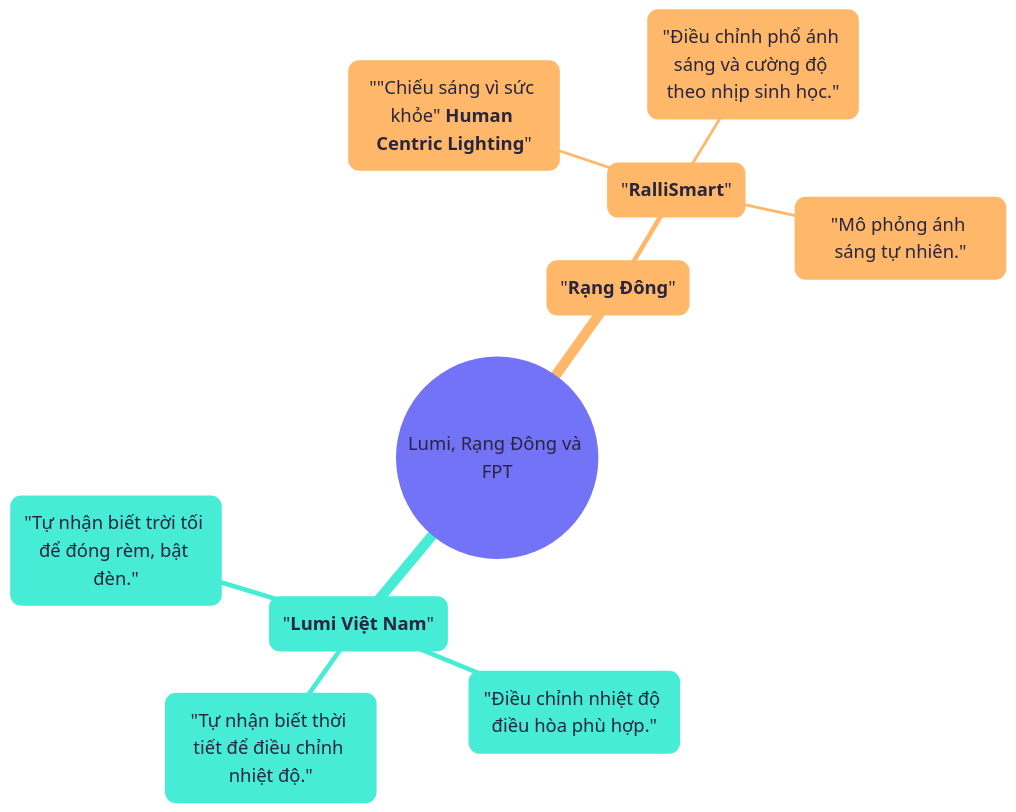
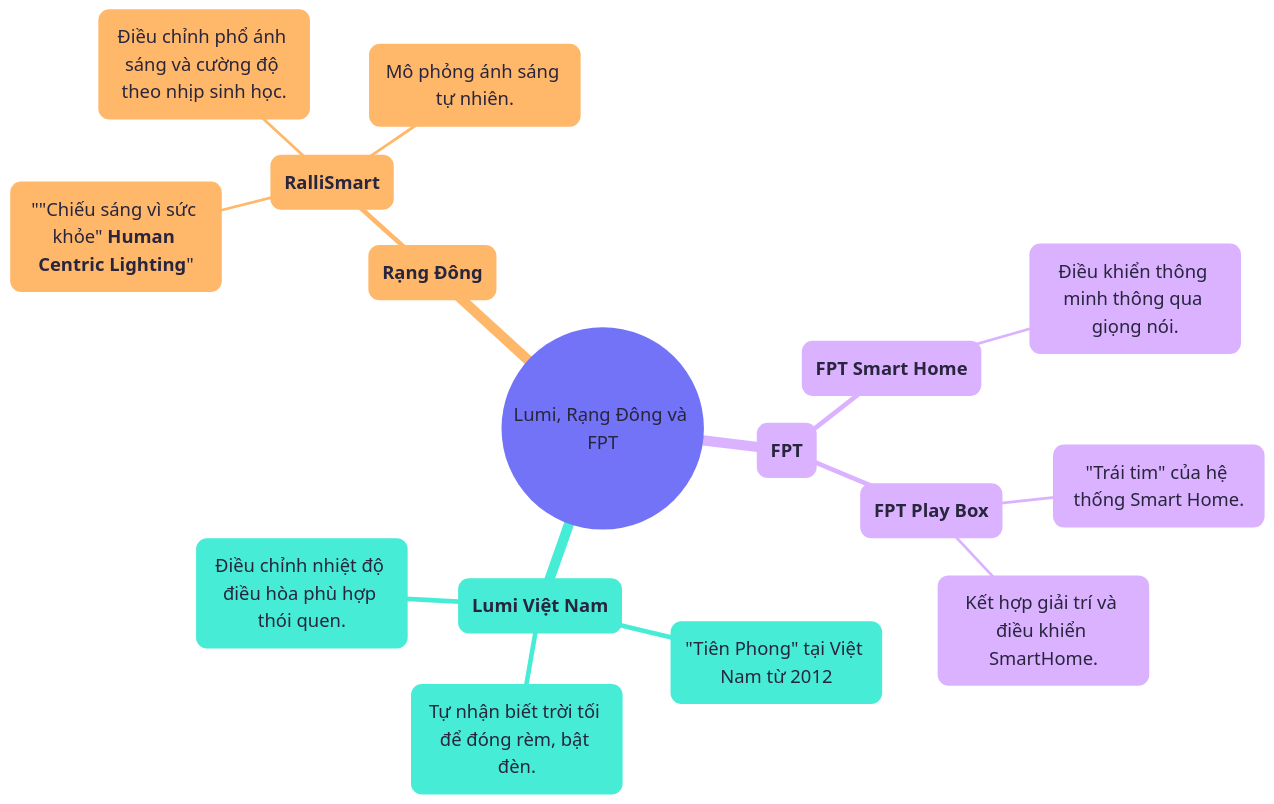
The diagram in content/diagrams/chapter02-lumi-rang-dong-va-fpt.mmd (sam-uit/typst-report-template), drawn with Mermaid before and after one commit.

```diff
--- a/content/diagrams/chapter02-lumi-rang-dong-va-fpt.mmd
+++ b/content/diagrams/chapter02-lumi-rang-dong-va-fpt.mmd
@@ -1,18 +1,24 @@
 ---
 config:
   theme: redux-color
   themeVariables:
     fontFamily: Google Sans
     fontSize: 20px
 ---
 mindmap
   root(("Lumi, Rạng Đông và FPT"))
-    "**Lumi Việt Nam**"
-        "Tự nhận biết trời tối để đóng rèm, bật đèn."
-        "Điều chỉnh nhiệt độ điều hòa phù hợp."
-        "Tự nhận biết thời tiết để điều chỉnh nhiệt độ."
-    "**Rạng Đông**"
-        "**RalliSmart**"
-            "#quot;Chiếu sáng vì sức khỏe#quot; **Human Centric Lighting**"
-            "Điều chỉnh phổ ánh sáng và cường độ theo nhịp sinh học."
-            "Mô phỏng ánh sáng tự nhiên."
+    ("**Lumi Việt Nam**")
+      "Tiên Phong" tại Việt Nam từ 2012
+      Tự nhận biết trời tối để đóng rèm, bật đèn.
+      Điều chỉnh nhiệt độ điều hòa phù hợp thói quen.
+    ("**Rạng Đông**")
+      ("**RalliSmart**")
+        "#quot;Chiếu sáng vì sức khỏe#quot; **Human Centric Lighting**"
+        Điều chỉnh phổ ánh sáng và cường độ theo nhịp sinh học.
+        Mô phỏng ánh sáng tự nhiên.
+    ("**FPT**")
+      ("**FPT Smart Home**")
+        Điều khiển thông minh thông qua giọng nói.
+      ("**FPT Play Box**")
+        "Trái tim" của hệ thống Smart Home.
+        Kết hợp giải trí và điều khiển SmartHome.
```
